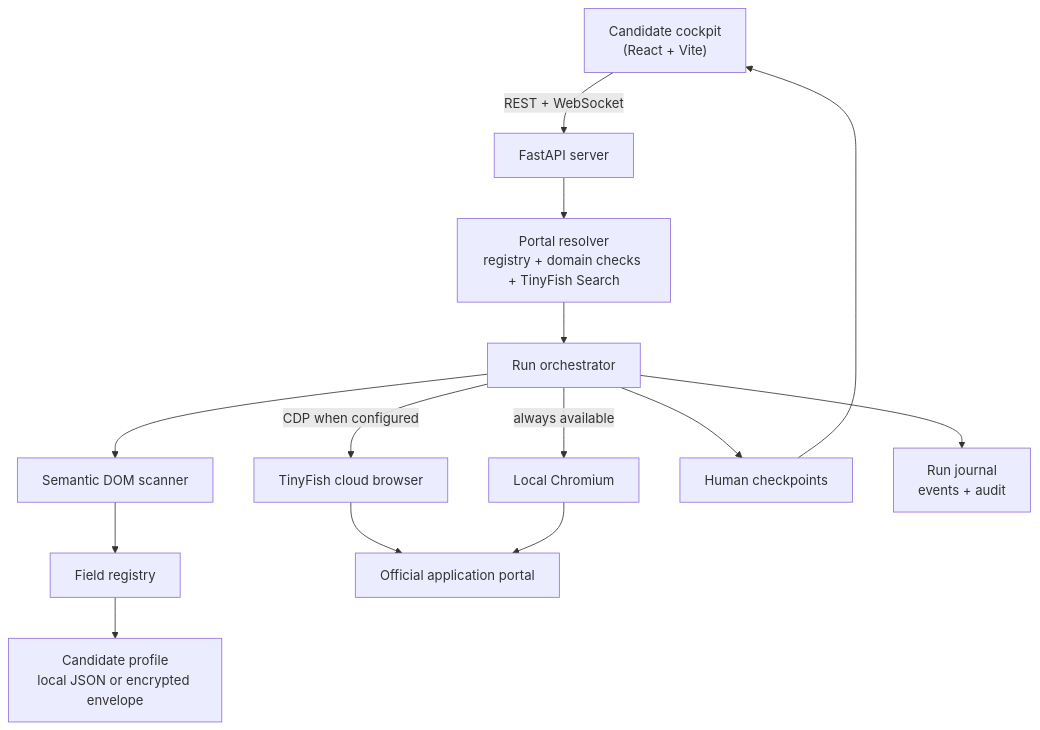
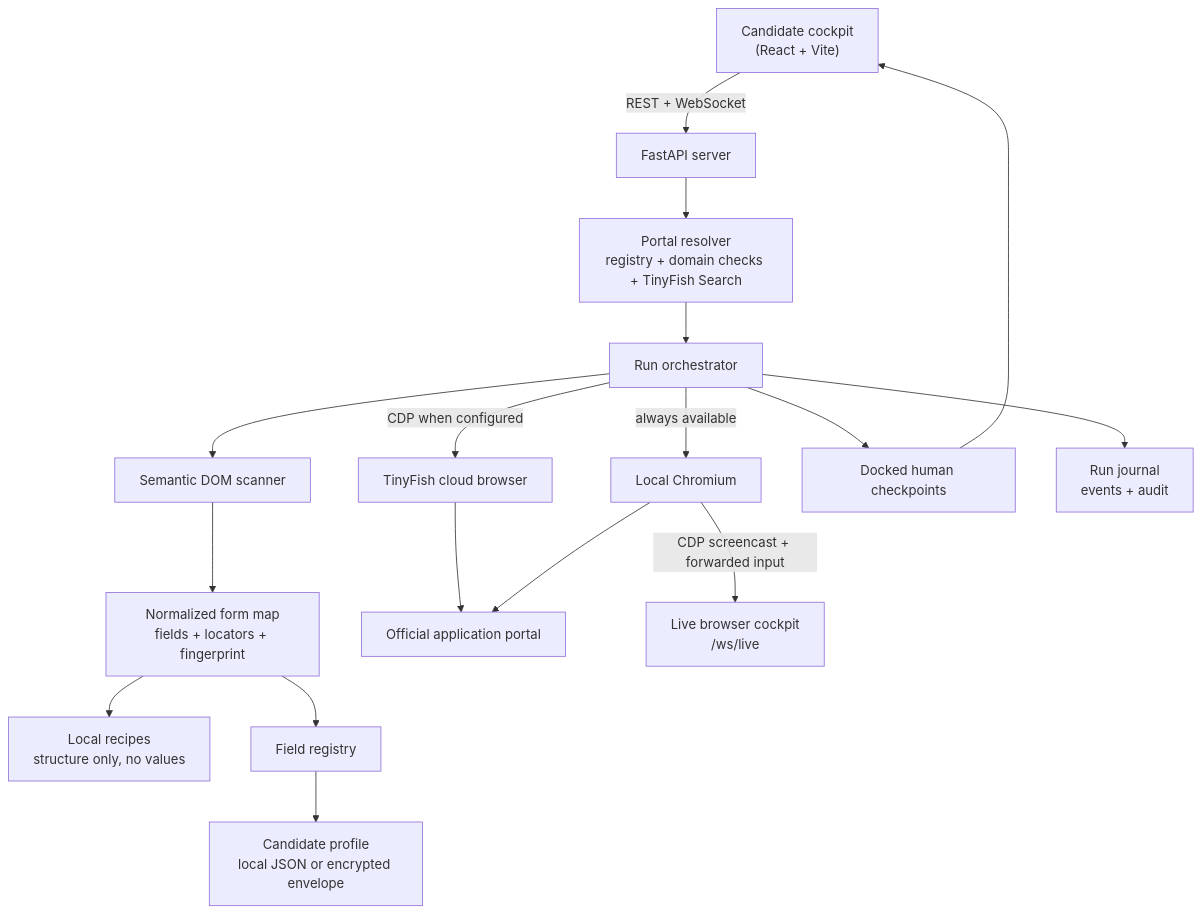
The diagram in README.md (Nishant-learns/formpilot), drawn with Mermaid before and after one commit. The commit also changed other lines of this file and 26 other files, not shown here.

First line of the commit message:
Add live browser, inspect mode, and step-aware form recipes

````diff
--- a/README.md
+++ b/README.md
@@ -49,16 +52,19 @@
 ```mermaid
 flowchart TD
     Candidate["Candidate cockpit<br/>(React + Vite)"] -->|REST + WebSocket| API["FastAPI server"]
     API --> Oracle["Portal resolver<br/>registry + domain checks + TinyFish Search"]
     Oracle --> Orchestrator["Run orchestrator"]
     Orchestrator --> Scanner["Semantic DOM scanner"]
-    Scanner --> Registry["Field registry"]
+    Scanner --> FormModel["Normalized form map<br/>fields + locators + fingerprint"]
+    FormModel --> Recipes["Local recipes<br/>structure only, no values"]
+    FormModel --> Registry["Field registry"]
     Registry --> Vault["Candidate profile<br/>local JSON or encrypted envelope"]
     Orchestrator -->|CDP when configured| Cloud["TinyFish cloud browser"]
     Orchestrator -->|always available| Local["Local Chromium"]
     Cloud --> Portal["Official application portal"]
     Local --> Portal
-    Orchestrator --> Gates["Human checkpoints"]
+    Local -->|CDP screencast + forwarded input| Live["Live browser cockpit<br/>/ws/live"]
+    Orchestrator --> Gates["Docked human checkpoints"]
     Gates --> Candidate
     Orchestrator --> Journal["Run journal<br/>events + audit"]
 ```
````
